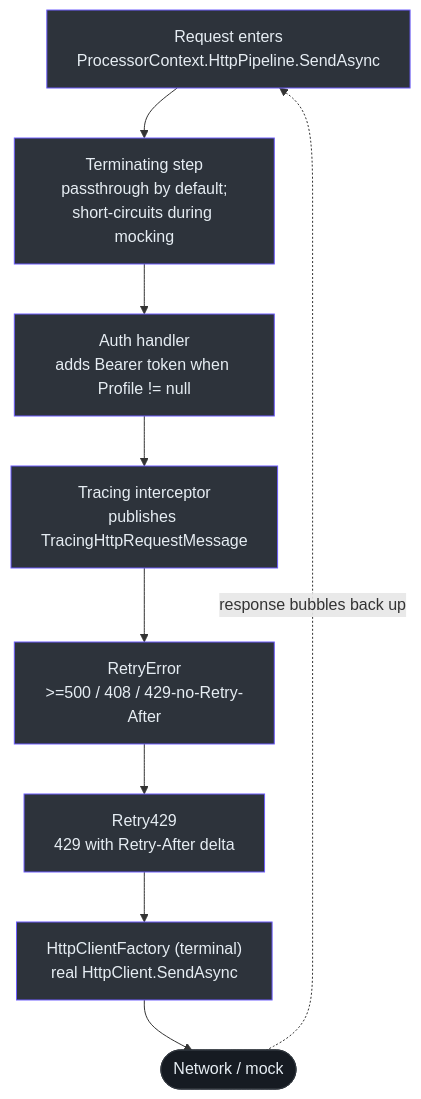
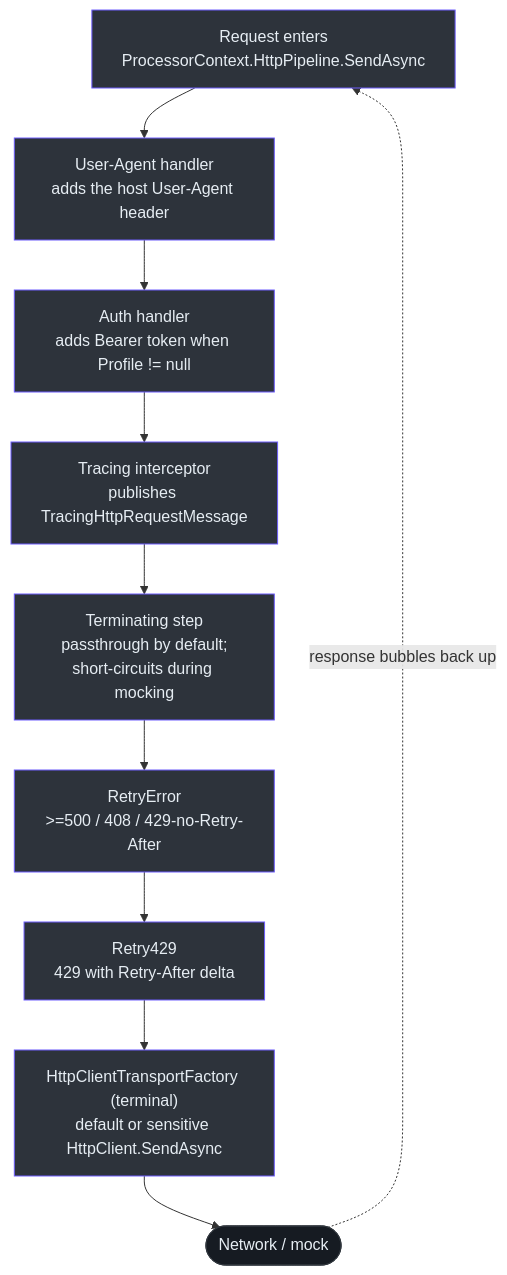
The first of 2 diagrams in wiki/02-deep-dive/http-pipeline.md (Azure/azclips), drawn with Mermaid before and after one commit. The commit also changed other lines of this file and 41 other files, not shown here.

````diff
--- a/wiki/02-deep-dive/http-pipeline.md
+++ b/wiki/02-deep-dive/http-pipeline.md
@@ -112,23 +114,25 @@
 ```mermaid
 flowchart TD
     REQ["Request enters<br>ProcessorContext.HttpPipeline.SendAsync"]
+    UA["User-Agent handler<br>adds the host User-Agent header"]
     TERM["Terminating step<br>passthrough by default;<br>short-circuits during mocking"]
     AUTH["Auth handler<br>adds Bearer token when Profile != null"]
     TRACE["Tracing interceptor<br>publishes TracingHttpRequestMessage"]
     RERR["RetryError<br>>=500 / 408 / 429-no-Retry-After"]
     R429["Retry429<br>429 with Retry-After delta"]
-    SEND["HttpClientFactory (terminal)<br>real HttpClient.SendAsync"]
+    SEND["HttpClientTransportFactory (terminal)<br>default or sensitive HttpClient.SendAsync"]
     NET(["Network / mock"])
 
-    REQ --> TERM --> AUTH --> TRACE --> RERR --> R429 --> SEND --> NET
+    REQ --> UA --> AUTH --> TRACE --> TERM --> RERR --> R429 --> SEND --> NET
     NET -. response bubbles back up .-> REQ
 
     style REQ fill:#2d333b,stroke:#6d5dfc,color:#e6edf3
+    style UA fill:#2d333b,stroke:#6d5dfc,color:#e6edf3
     style TERM fill:#2d333b,stroke:#6d5dfc,color:#e6edf3
     style AUTH fill:#2d333b,stroke:#6d5dfc,color:#e6edf3
     style TRACE fill:#2d333b,stroke:#6d5dfc,color:#e6edf3
     style RERR fill:#2d333b,stroke:#6d5dfc,color:#e6edf3
     style R429 fill:#2d333b,stroke:#6d5dfc,color:#e6edf3
     style SEND fill:#2d333b,stroke:#6d5dfc,color:#e6edf3
     style NET fill:#161b22,stroke:#30363d,color:#e6edf3
 ```
````
